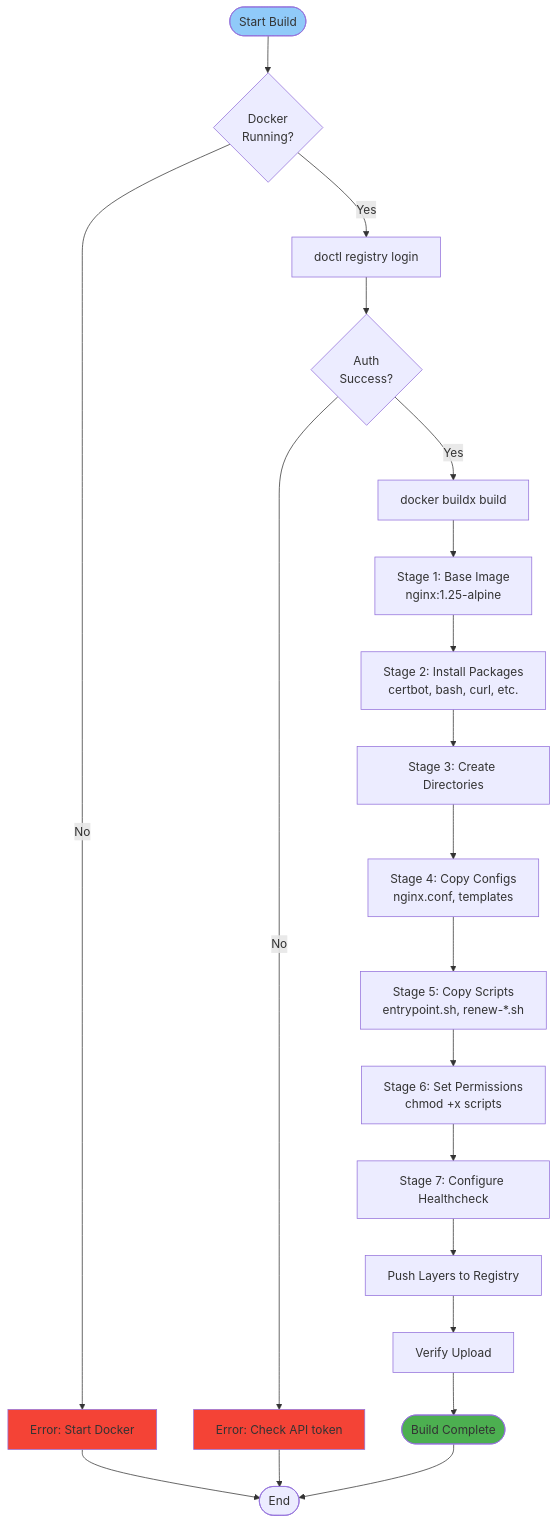
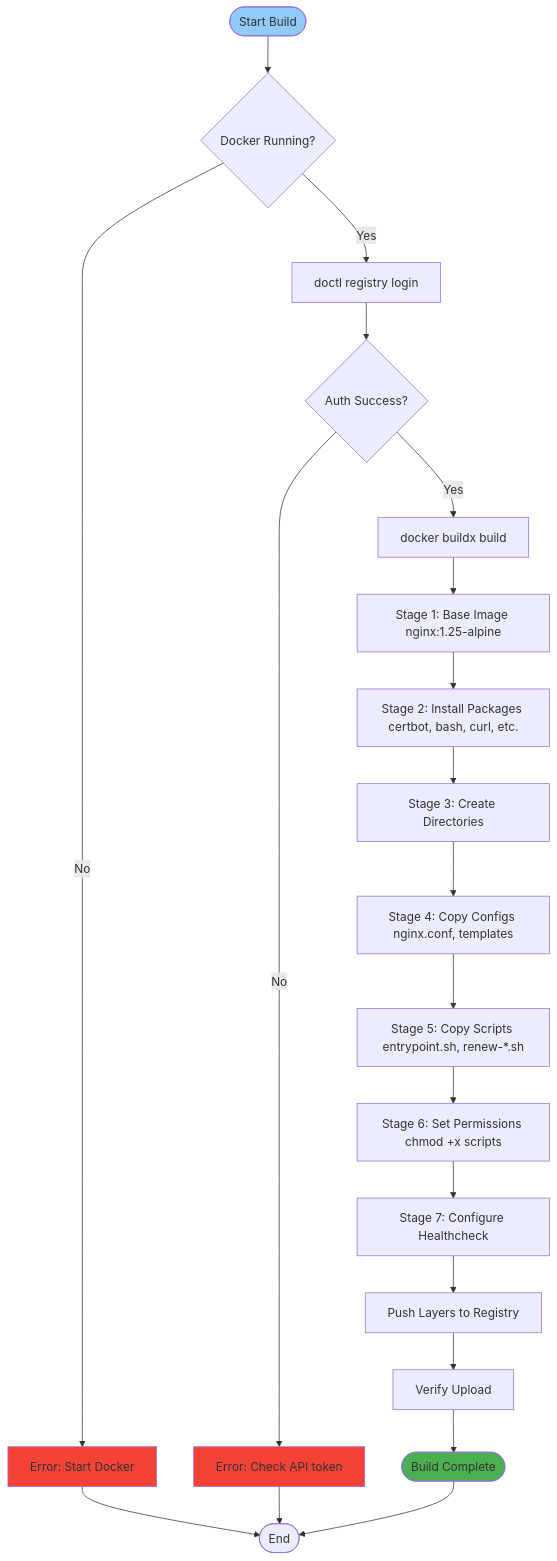
Before and after one commit to softwarewrighter/ssl-proxy-for-do: the fourth of 9 diagrams in wiki/Deployment-Workflow.md, drawn with Mermaid. The commit also changed other lines of this file and 7 other files, not shown here.

First line of the commit message:
Fix wiki Mermaid diagrams: remove remaining <br/> tags

````diff
--- a/wiki/Deployment-Workflow.md
+++ b/wiki/Deployment-Workflow.md
@@ -182,33 +182,33 @@
 ```mermaid
 graph TB
     Start([Start Build])
 
-    Start --> CheckDocker{Docker<br/>Running?}
+    Start --> CheckDocker{Docker Running?}
     CheckDocker -->|No| ErrorDocker[Error: Start Docker]
     CheckDocker -->|Yes| Login[doctl registry login]
 
-    Login --> AuthCheck{Auth<br/>Success?}
+    Login --> AuthCheck{Auth Success?}
     AuthCheck -->|No| ErrorAuth[Error: Check API token]
     AuthCheck -->|Yes| BuildCommand[docker buildx build]
 
-    BuildCommand --> Stage1[Stage 1: Base Image<br/>nginx:1.25-alpine]
-    Stage1 --> Stage2[Stage 2: Install Packages<br/>certbot, bash, curl, etc.]
+    BuildCommand --> Stage1[Stage 1: Base Image nginx:1.25-alpine]
+    Stage1 --> Stage2[Stage 2: Install Packages certbot, bash, curl, etc.]
     Stage2 --> Stage3[Stage 3: Create Directories]
-    Stage3 --> Stage4[Stage 4: Copy Configs<br/>nginx.conf, templates]
-    Stage4 --> Stage5[Stage 5: Copy Scripts<br/>entrypoint.sh, renew-*.sh]
-    Stage5 --> Stage6[Stage 6: Set Permissions<br/>chmod +x scripts]
+    Stage3 --> Stage4[Stage 4: Copy Configs nginx.conf, templates]
+    Stage4 --> Stage5[Stage 5: Copy Scripts entrypoint.sh, renew-*.sh]
+    Stage5 --> Stage6[Stage 6: Set Permissions chmod +x scripts]
     Stage6 --> Stage7[Stage 7: Configure Healthcheck]
 
     Stage7 --> Push[Push Layers to Registry]
     Push --> Verify[Verify Upload]
     Verify --> Success([Build Complete])
 
     ErrorDocker --> End([End])
     ErrorAuth --> End
     Success --> End
 
     style Start fill:#90CAF9
     style Success fill:#4CAF50
     style ErrorDocker fill:#F44336
     style ErrorAuth fill:#F44336
 ```
````
